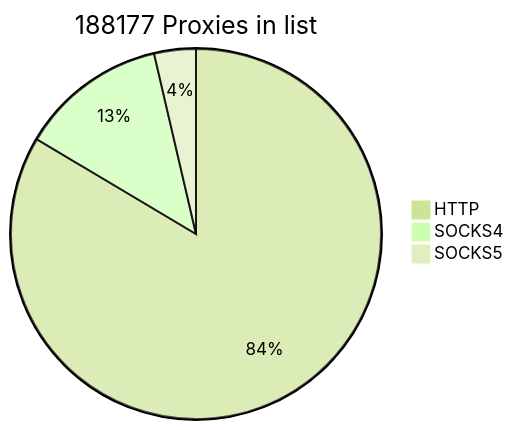
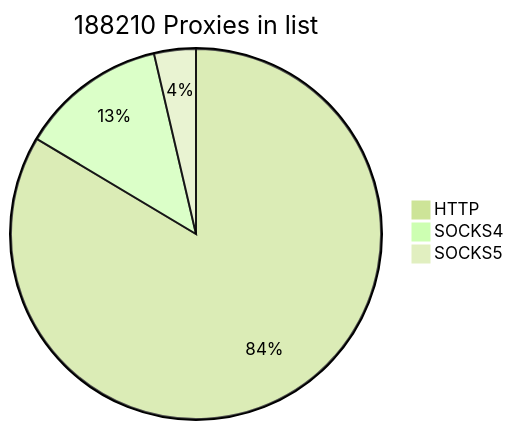
The first of 2 diagrams in README.md (cutipu/proxylist), drawn with Mermaid (forest theme) before and after one commit. The commit also changed other lines of this file, not shown here.

````diff
--- a/README.md
+++ b/README.md
@@ -2,7 +2,7 @@
 ```mermaid
-pie title 188177 Proxies in list
-    "HTTP" : 157206
-    "SOCKS4" : 24120
-    "SOCKS5" : 6851
+pie title 188210 Proxies in list
+    "HTTP" : 157296
+    "SOCKS4" : 24053
+    "SOCKS5" : 6861
             
 ```
````
